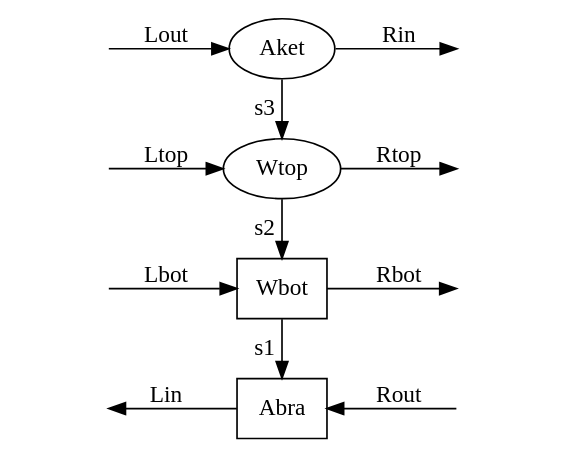
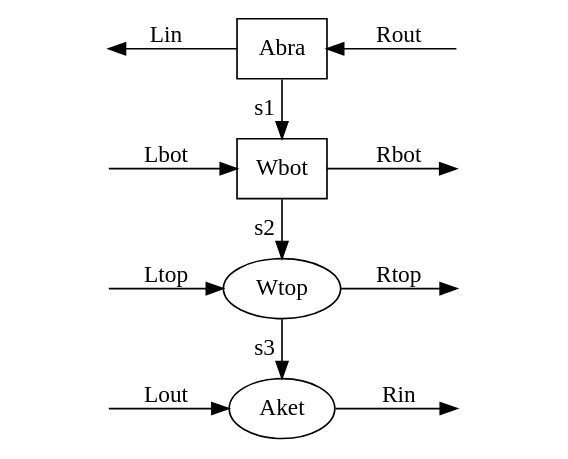
The diagram in util/AWWA.dot (TNWorkers/VMPS), drawn with Graphviz before and after one commit. The commit also changed 7 other files, not shown here.

```diff
--- a/util/AWWA.dot
+++ b/util/AWWA.dot
@@ -1,38 +1,38 @@
 digraph G
 {
 	rankdir = LR;
 	
 	Lin[label=" ", style=invisible];
 	Lout[label=" ", style=invisible];
 	Lbot[label=" ", style=invisible];
 	Ltop[label=" ", style=invisible];
 	
 	Aket[label="Aket"];
 	Abra[label="Abra", shape="box"];
 	Wbot[label="Wbot", shape="box"];
 	Wtop[label="Wtop"];
 	
 	Rin[label=" ", style=invisible];
 	Rout[label=" ", style=invisible];
 	Rbot[label=" ", style=invisible];
 	Rtop[label=" ", style=invisible];
 	
 	Abra -> Lin [label="Lin"];
 	Lout -> Aket [label="Lout"];
 	Lbot -> Wbot [label="Lbot"];
 	Ltop -> Wtop [label="Ltop"];
 	
 	// bug: same rank & label reverses direction
-	Aket -> Wtop [label="s3"];
-	Wtop -> Wbot [label="s2"]
-	Wbot -> Abra [label="s1"];
+	Wtop -> Aket [label="s3"];
+	Wbot -> Wtop [label="s2"]
+	Abra -> Wbot [label="s1"];
 	
 	Rout -> Abra [label="Rout"];
 	Aket -> Rin [label="Rin"];
 	Wbot -> Rbot [label="Rbot"];
 	Wtop -> Rtop [label="Rtop"];
 	
 	{rank=same Lin Lout Lbot Ltop}
 	{rank=same Abra Aket Wbot Wtop}
 	{rank=same Rin Rout Rbot Rtop}
 }
```
